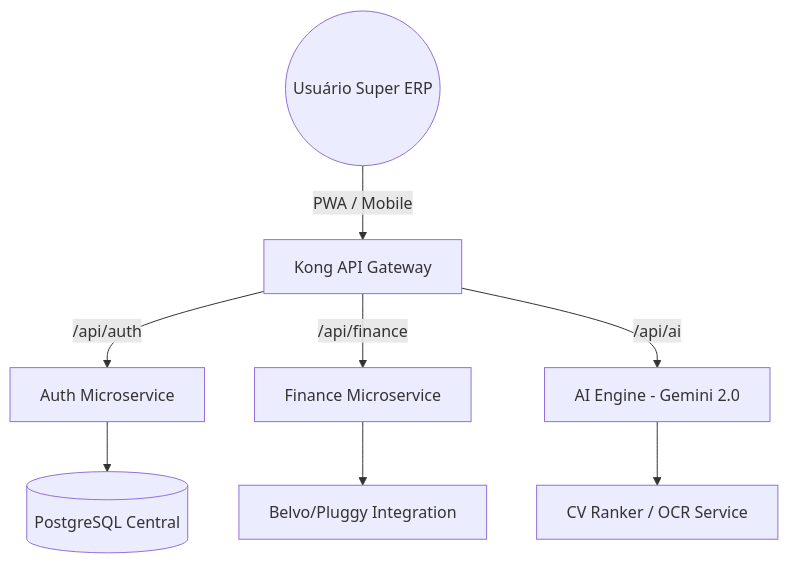
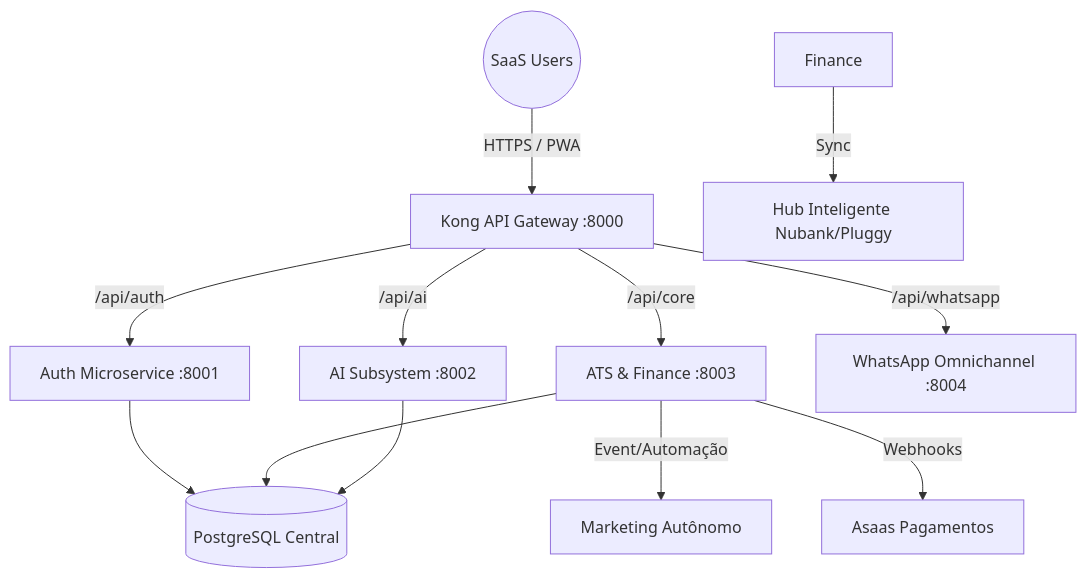
The diagram in README.md (Eduardo09e32y4rhf/innovation), drawn with Mermaid before and after one commit. The commit also changed other lines of this file, not shown here.

````diff
--- a/README.md
+++ b/README.md
@@ -107,10 +53,17 @@
 ```mermaid
 graph TD;
-    Client((Usuário Super ERP)) -->|PWA / Mobile| Kong[Kong API Gateway]
-    Kong -->|/api/auth| Auth[Auth Microservice]
-    Kong -->|/api/finance| Finance[Finance Microservice]
-    Kong -->|/api/ai| AI[AI Engine - Gemini 2.0]
-    AI --> RAG[CV Ranker / OCR Service]
-    Finance --> OpenFinance[Belvo/Pluggy Integration]
+    Client((SaaS Users)) -->|HTTPS / PWA| Kong[Kong API Gateway :8000]
+    
+    Kong -->|/api/auth| Auth[Auth Microservice :8001]
+    Kong -->|/api/core| Core[ATS & Finance :8003]
+    Kong -->|/api/ai| AI[AI Subsystem :8002]
+    Kong -->|/api/whatsapp| Wbot[WhatsApp Omnichannel :8004]
+    
+    Core -->|Event/Automação| Marketing[Marketing Autônomo]
+    Core -->|Webhooks| Payments[Asaas Pagamentos]
+    Finance -->|Sync| OpenFinance[Hub Inteligente Nubank/Pluggy]
+
     Auth --> DB[(PostgreSQL Central)]
+    Core --> DB
+    AI --> DB
 ```
````
